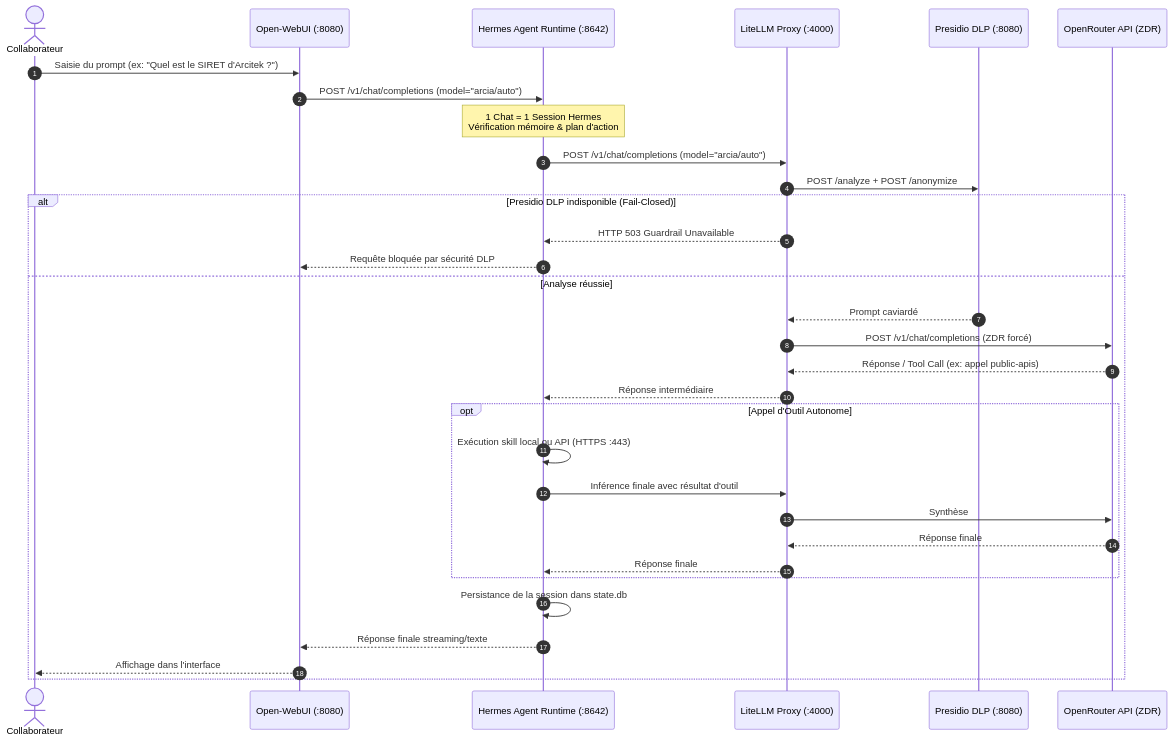
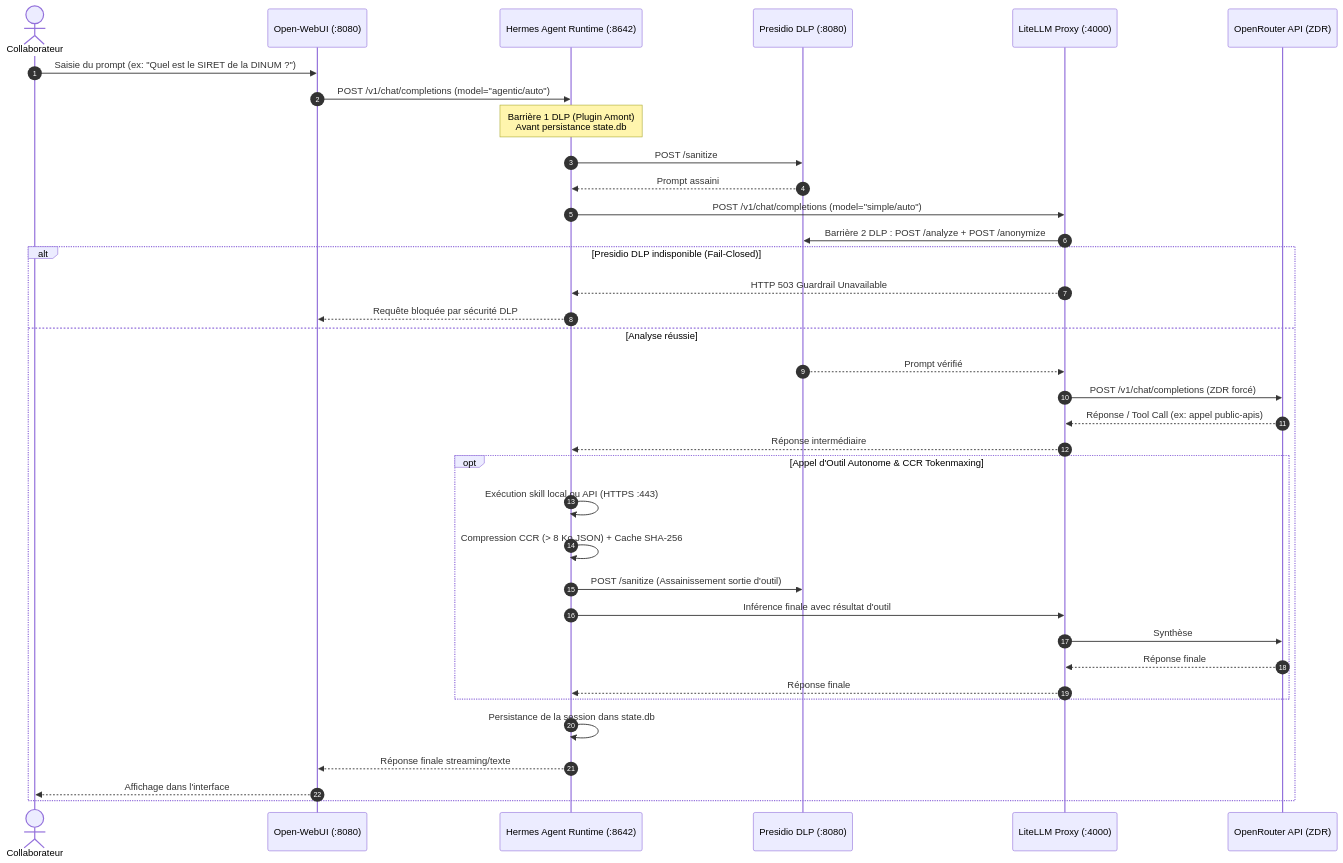
The second of 2 diagrams in docs/guides/chaine-de-routage.md (nicolastheuil/ArcIA), drawn with Mermaid before and after one commit. The commit also changed other lines of this file and 86 other files, not shown here.

Commit message:
feat(release): release ArcIA v0.4 with hybrid routing, double-barrier DLP, active CCR/RTK tokenmaxing, and zero-duplication services

````diff
--- a/docs/guides/chaine-de-routage.md
+++ b/docs/guides/chaine-de-routage.md
@@ -97,39 +106,43 @@
 ```mermaid
 sequenceDiagram
     autonumber
     actor User as Collaborateur
     participant Front as Open-WebUI (:8080)
     participant Hermes as Hermes Agent Runtime (:8642)
+    participant DLP as Presidio DLP (:8080)
     participant Gateway as LiteLLM Proxy (:4000)
-    participant DLP as Presidio DLP (:8080)
     participant Cloud as OpenRouter API (ZDR)
 
-    User->>Front: Saisie du prompt (ex: "Quel est le SIRET d'Arcitek ?")
-    Front->>Hermes: POST /v1/chat/completions (model="arcia/auto")
+    User->>Front: Saisie du prompt (ex: "Quel est le SIRET de la DINUM ?")
+    Front->>Hermes: POST /v1/chat/completions (model="agentic/auto")
     
-    Note over Hermes: 1 Chat = 1 Session Hermes<br/>Vérification mémoire & plan d'action
-    Hermes->>Gateway: POST /v1/chat/completions (model="arcia/auto")
+    Note over Hermes: Barrière 1 DLP (Plugin Amont)<br/>Avant persistance state.db
+    Hermes->>DLP: POST /sanitize
+    DLP-->>Hermes: Prompt assaini
     
-    Gateway->>DLP: POST /analyze + POST /anonymize
+    Hermes->>Gateway: POST /v1/chat/completions (model="simple/auto")
+    Gateway->>DLP: Barrière 2 DLP : POST /analyze + POST /anonymize
     alt Presidio DLP indisponible (Fail-Closed)
         Gateway-->>Hermes: HTTP 503 Guardrail Unavailable
         Hermes-->>Front: Requête bloquée par sécurité DLP
     else Analyse réussie
-        DLP-->>Gateway: Prompt caviardé
+        DLP-->>Gateway: Prompt vérifié
         Gateway->>Cloud: POST /v1/chat/completions (ZDR forcé)
         Cloud-->>Gateway: Réponse / Tool Call (ex: appel public-apis)
         Gateway-->>Hermes: Réponse intermédiaire
         
-        opt Appel d'Outil Autonome
+        opt Appel d'Outil Autonome & CCR Tokenmaxing
             Hermes->>Hermes: Exécution skill local ou API (HTTPS :443)
+            Hermes->>Hermes: Compression CCR (> 8 Ko JSON) + Cache SHA-256
+            Hermes->>DLP: POST /sanitize (Assainissement sortie d'outil)
             Hermes->>Gateway: Inférence finale avec résultat d'outil
             Gateway->>Cloud: Synthèse
             Cloud-->>Gateway: Réponse finale
             Gateway-->>Hermes: Réponse finale
         end
         
         Hermes->>Hermes: Persistance de la session dans state.db
         Hermes-->>Front: Réponse finale streaming/texte
         Front-->>User: Affichage dans l'interface
     end
 ```
````
